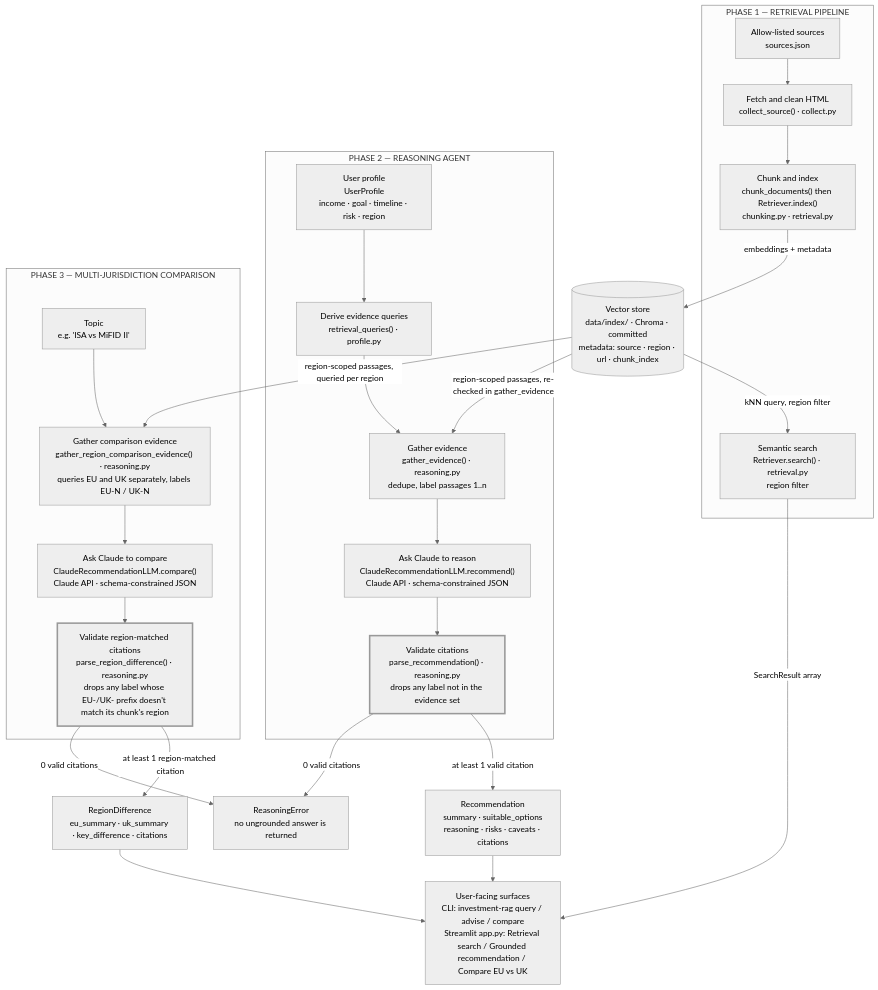
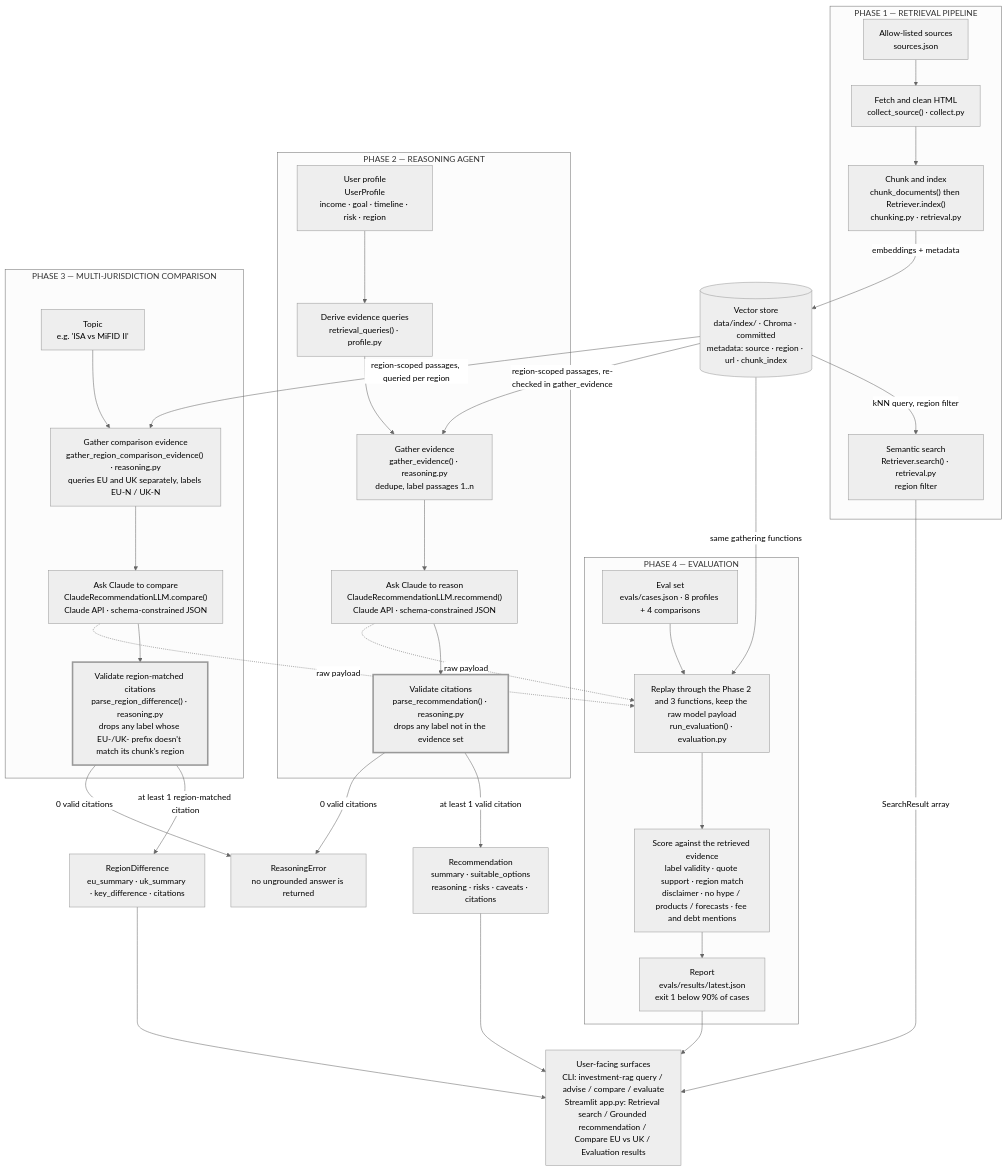
One commit to Farzaanee/pomegranate changed the diagram in src/docs/architecture.md. Above: the diagram before and after it, drawn with Mermaid (neutral theme). The commit also changed other lines of this file and 15 other files, not shown here.

Commit message:
add phase 4: evaluation and harness

````diff
--- a/src/docs/architecture.md
+++ b/src/docs/architecture.md
@@ -23,46 +26,59 @@
 ```mermaid
 flowchart TD
     subgraph P1["PHASE 1 — RETRIEVAL PIPELINE"]
         SRC["Allow-listed sources<br/>sources.json"]
         COL["Fetch and clean HTML<br/>collect_source() · collect.py"]
         CHK["Chunk and index<br/>chunk_documents() then Retriever.index()<br/>chunking.py · retrieval.py"]
         SRCH["Semantic search<br/>Retriever.search() · retrieval.py<br/>region filter"]
         SRC --> COL --> CHK
     end
 
     STORE[("Vector store<br/>data/index/ · Chroma · committed<br/>metadata: source · region · url · chunk_index")]
 
     subgraph P2["PHASE 2 — REASONING AGENT"]
         PROF["User profile<br/>UserProfile<br/>income · goal · timeline · risk · region"]
         QRY["Derive evidence queries<br/>retrieval_queries() · profile.py"]
         GATH["Gather evidence<br/>gather_evidence() · reasoning.py<br/>dedupe, label passages 1..n"]
         LLM["Ask Claude to reason<br/>ClaudeRecommendationLLM.recommend()<br/>Claude API · schema-constrained JSON"]
         VAL["Validate citations<br/>parse_recommendation() · reasoning.py<br/>drops any label not in the evidence set"]
         PROF --> QRY --> GATH --> LLM --> VAL
     end
 
     subgraph P3["PHASE 3 — MULTI-JURISDICTION COMPARISON"]
         TOPIC["Topic<br/>e.g. 'ISA vs MiFID II'"]
         CGATH["Gather comparison evidence<br/>gather_region_comparison_evidence() · reasoning.py<br/>queries EU and UK separately, labels EU-N / UK-N"]
         CLLM["Ask Claude to compare<br/>ClaudeRecommendationLLM.compare()<br/>Claude API · schema-constrained JSON"]
         CVAL["Validate region-matched citations<br/>parse_region_difference() · reasoning.py<br/>drops any label whose EU-/UK- prefix doesn't match its chunk's region"]
         TOPIC --> CGATH --> CLLM --> CVAL
     end
 
+    subgraph P4["PHASE 4 — EVALUATION"]
+        CASES["Eval set<br/>evals/cases.json · 8 profiles + 4 comparisons"]
+        RUN["Replay through the Phase 2 and 3 functions, keep the raw model payload<br/>run_evaluation() · evaluation.py"]
+        SCORE["Score against the retrieved evidence<br/>label validity · quote support · region match<br/>disclaimer · no hype / products / forecasts · fee and debt mentions"]
+        REPORT["Report<br/>evals/results/latest.json<br/>exit 1 below 90% of cases"]
+        CASES --> RUN --> SCORE --> REPORT
+    end
+
     CHK -- "embeddings + metadata" --> STORE
     STORE -- "kNN query, region filter" --> SRCH
     STORE -- "region-scoped passages, re-checked in gather_evidence" --> GATH
     STORE -- "region-scoped passages, queried per region" --> CGATH
 
     VAL -- "at least 1 valid citation" --> REC["Recommendation<br/>summary · suitable_options<br/>reasoning · risks · caveats · citations"]
     VAL -- "0 valid citations" --> ERR["ReasoningError<br/>no ungrounded answer is returned"]
     CVAL -- "at least 1 region-matched citation" --> DIFF["RegionDifference<br/>eu_summary · uk_summary · key_difference · citations"]
     CVAL -- "0 valid citations" --> ERR
 
-    SRCH -- "SearchResult array" --> UI["User-facing surfaces<br/>CLI: investment-rag query / advise / compare<br/>Streamlit app.py: Retrieval search / Grounded recommendation / Compare EU vs UK"]
+    STORE -- "same gathering functions" --> RUN
+    LLM -. "raw payload" .-> RUN
+    CLLM -. "raw payload" .-> RUN
+
+    SRCH -- "SearchResult array" --> UI["User-facing surfaces<br/>CLI: investment-rag query / advise / compare / evaluate<br/>Streamlit app.py: Retrieval search / Grounded recommendation / Compare EU vs UK / Evaluation results"]
     REC --> UI
     DIFF --> UI
+    REPORT --> UI
 
     classDef gate stroke-width:3px
     class VAL,CVAL gate
 ```
````
